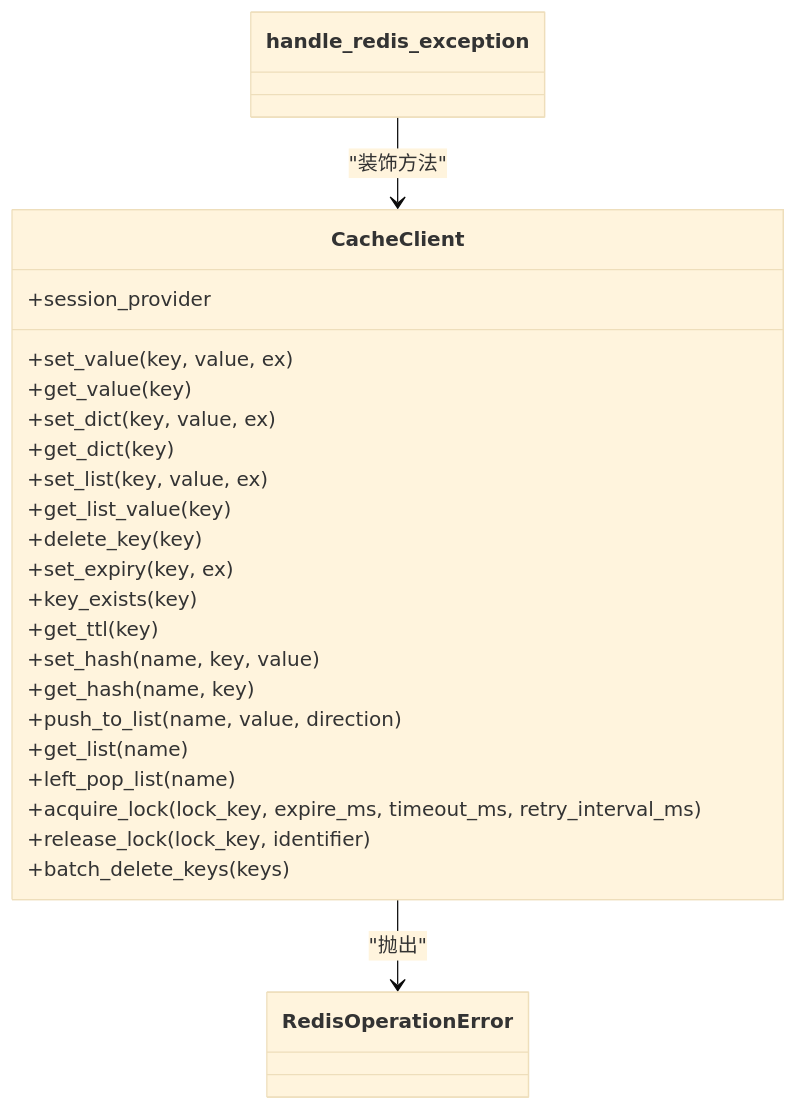
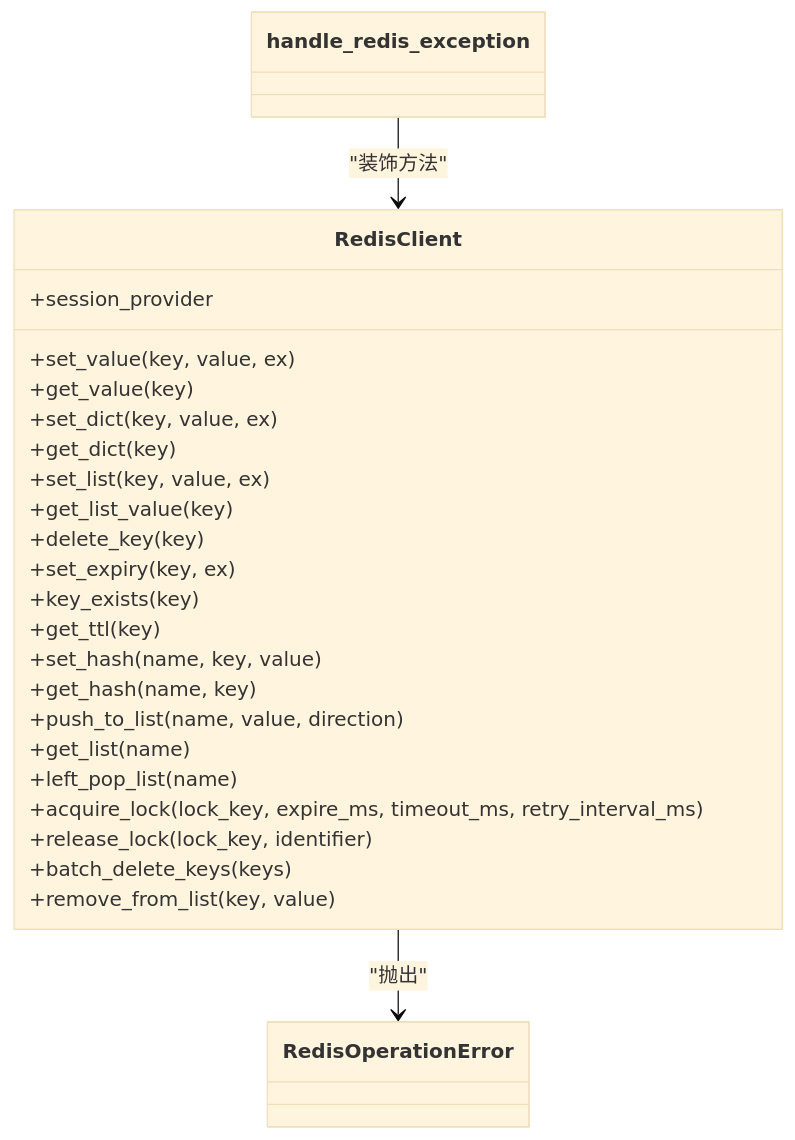
One commit to lilinzezzzzzz/fastapi-backend changed the fourth of 6 diagrams in .qoder/repowiki/zh/content/缓存系统/Redis集成.md. Above: the diagram before and after it, drawn with Mermaid (base theme). The commit also changed other lines of this file and 42 other files, not shown here.

````diff
--- a/.qoder/repowiki/zh/content/缓存系统/Redis集成.md
+++ b/.qoder/repowiki/zh/content/缓存系统/Redis集成.md
@@ -240,30 +204,31 @@
 ```mermaid
 classDiagram
-class CacheClient {
+class RedisClient {
 +session_provider
 +set_value(key, value, ex)
 +get_value(key)
 +set_dict(key, value, ex)
 +get_dict(key)
 +set_list(key, value, ex)
 +get_list_value(key)
 +delete_key(key)
 +set_expiry(key, ex)
 +key_exists(key)
 +get_ttl(key)
 +set_hash(name, key, value)
 +get_hash(name, key)
 +push_to_list(name, value, direction)
 +get_list(name)
 +left_pop_list(name)
 +acquire_lock(lock_key, expire_ms, timeout_ms, retry_interval_ms)
 +release_lock(lock_key, identifier)
 +batch_delete_keys(keys)
++remove_from_list(key, value)
 }
 class RedisOperationError {
 }
 class handle_redis_exception {
 }
-CacheClient --> RedisOperationError : "抛出"
-handle_redis_exception --> CacheClient : "装饰方法"
+RedisClient --> RedisOperationError : "抛出"
+handle_redis_exception --> RedisClient : "装饰方法"
 ```
````
